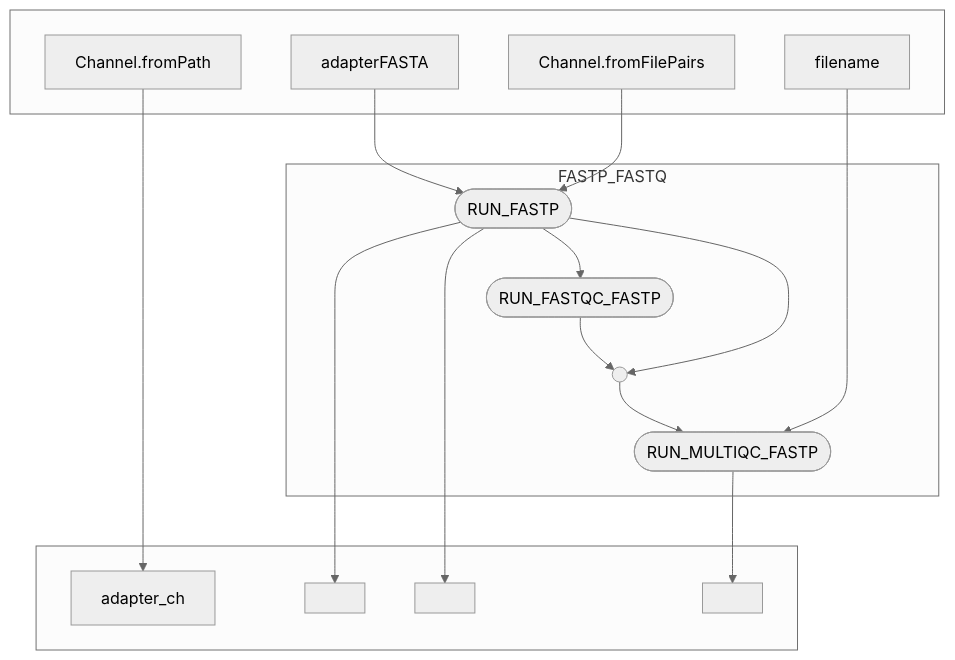
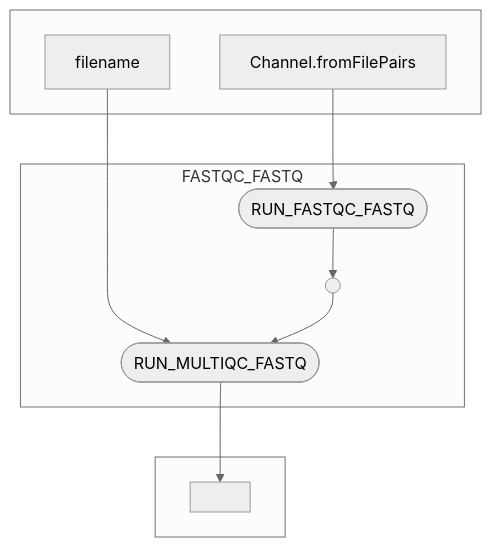
The first of 4 diagrams in nextflow/README.md (tansey-lab/nf-rnaseq), drawn with Mermaid (neutral theme) before and after one commit. The commit also changed other lines of this file, not shown here.

````diff
--- a/nextflow/README.md
+++ b/nextflow/README.md
@@ -13,32 +13,20 @@
 ```mermaid
 flowchart TB
     subgraph " "
     v0["Channel.fromFilePairs"]
-    v1["Channel.fromPath"]
-    v3["adapterFASTA"]
-    v11["filename"]
+    v5["filename"]
     end
     subgraph " "
-    v2["adapter_ch"]
-    v5[" "]
-    v6[" "]
-    v13[" "]
+    v7[" "]
     end
-    subgraph FASTP_FASTQ
-    v4([RUN_FASTP])
-    v7([RUN_FASTQC_FASTP])
-    v12([RUN_MULTIQC_FASTP])
-    v8(( ))
+    subgraph FASTQC_FASTQ
+    v3([RUN_FASTQC_FASTQ])
+    v6([RUN_MULTIQC_FASTQ])
+    v4(( ))
     end
-    v0 --> v4
-    v1 --> v2
+    v0 --> v3
     v3 --> v4
-    v4 --> v7
+    v5 --> v6
     v4 --> v6
-    v4 --> v5
-    v4 --> v8
-    v7 --> v8
-    v11 --> v12
-    v8 --> v12
-    v12 --> v13
+    v6 --> v7
 ```
````
